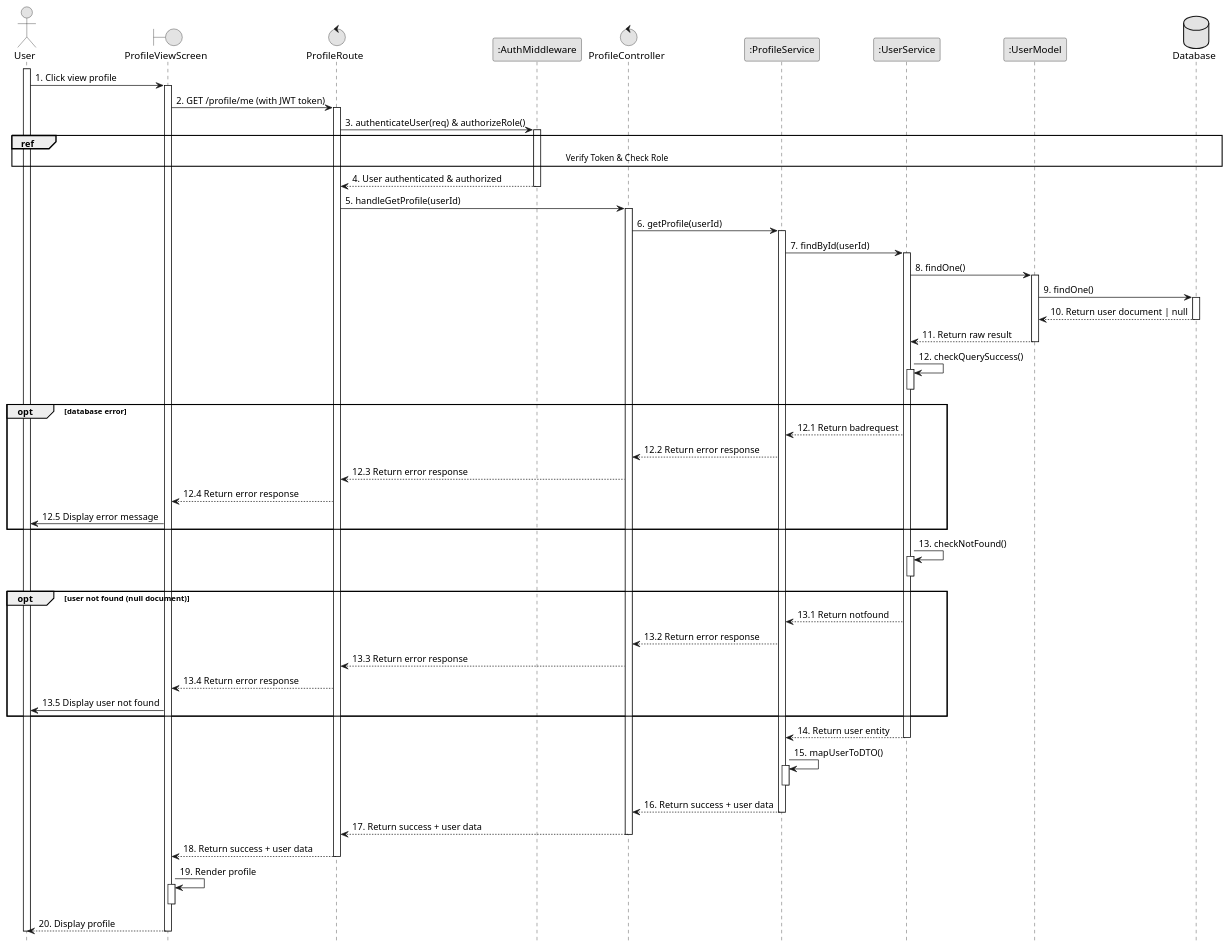
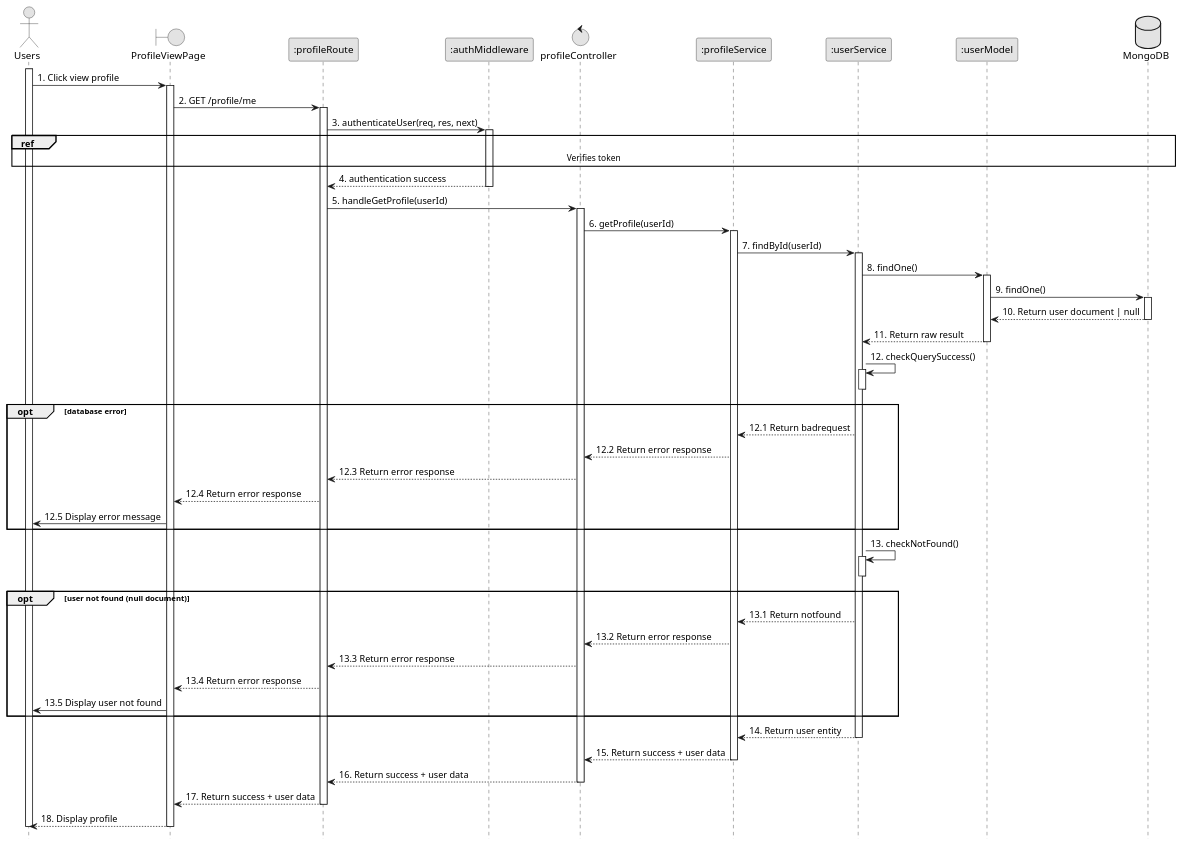
The diagram in planuml/web/9.1_viewProfile.puml (VietDurian/VietDurian), drawn with PlantUML before and after one commit. The commit also changed 10 other files, not shown here.

Commit message:
update sequence 9.1

```diff
--- a/planuml/web/9.1_viewProfile.puml
+++ b/planuml/web/9.1_viewProfile.puml
@@ -1,79 +1,73 @@
 @startuml 9.1_viewProfile
 skinparam monochrome true
 skinparam shadowing false
 skinparam sequenceArrowThickness 1
 hide footbox
 
-actor User
-boundary ProfileViewScreen as UI
-control ProfileRoute as Route
-participant ":AuthMiddleware" as AuthMiddleware
-control ProfileController as Controller
-participant ":ProfileService" as ProfileService
-participant ":UserService" as UserService
-participant ":UserModel" as UserModel
-database Database as DB
+actor User as "Users"
+boundary "ProfileViewPage" as UI
+participant ":profileRoute" as Route
+participant ":authMiddleware" as AuthMiddleware
+control "profileController" as Controller
+participant ":profileService" as ProfileService
+participant ":userService" as UserService
+participant ":userModel" as UserModel
+database "MongoDB" as DB
 
 activate User
 User -> UI : 1. Click view profile
 activate UI
-UI -> Route : 2. GET /profile/me (with JWT token)
+UI -> Route : 2. GET /profile/me
 activate Route
-Route -> AuthMiddleware : 3. authenticateUser(req) & authorizeRole()
+Route -> AuthMiddleware : 3. authenticateUser(req, res, next)
 activate AuthMiddleware
-ref over User, DB: Verify Token & Check Role
-AuthMiddleware --> Route : 4. User authenticated & authorized
+ref over User, DB: Verifies token
+AuthMiddleware --> Route : 4. authentication success
 deactivate AuthMiddleware
 Route -> Controller : 5. handleGetProfile(userId)
 activate Controller
 Controller -> ProfileService : 6. getProfile(userId)
 activate ProfileService
 ProfileService -> UserService : 7. findById(userId)
 activate UserService
 UserService -> UserModel : 8. findOne()
 activate UserModel
 UserModel -> DB : 9. findOne()
 activate DB
 DB --> UserModel : 10. Return user document | null 
 deactivate DB
 UserModel --> UserService : 11. Return raw result
 deactivate UserModel
 UserService -> UserService : 12. checkQuerySuccess()
 activate UserService
 deactivate UserService
 opt database error
     UserService --> ProfileService : 12.1 Return badrequest
     ProfileService --> Controller : 12.2 Return error response
     Controller --> Route : 12.3 Return error response
     Route --> UI : 12.4 Return error response
     UI -> User : 12.5 Display error message
 end
 UserService -> UserService : 13. checkNotFound()
 activate UserService
 deactivate UserService
 opt user not found (null document)
     UserService --> ProfileService : 13.1 Return notfound
     ProfileService --> Controller : 13.2 Return error response
     Controller --> Route : 13.3 Return error response
     Route --> UI : 13.4 Return error response
     UI -> User : 13.5 Display user not found
 end
 UserService --> ProfileService : 14. Return user entity
 deactivate UserService
-ProfileService -> ProfileService : 15. mapUserToDTO()
-activate ProfileService
+ProfileService --> Controller : 15. Return success + user data
 deactivate ProfileService
-ProfileService --> Controller : 16. Return success + user data
-deactivate ProfileService
-Controller --> Route : 17. Return success + user data 
+Controller --> Route : 16. Return success + user data 
 deactivate Controller
-Route --> UI : 18. Return success + user data 
+Route --> UI : 17. Return success + user data 
 deactivate Route
-UI -> UI : 19. Render profile
-activate UI
-deactivate UI
-UI --> User : 20. Display profile
+UI --> User : 18. Display profile
 deactivate UI
 deactivate User
 
 @enduml
```
